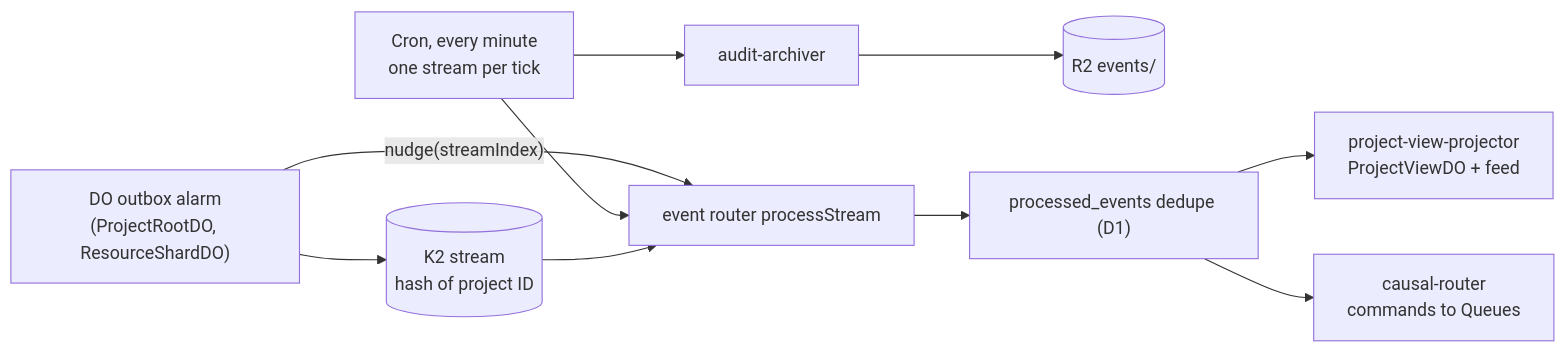
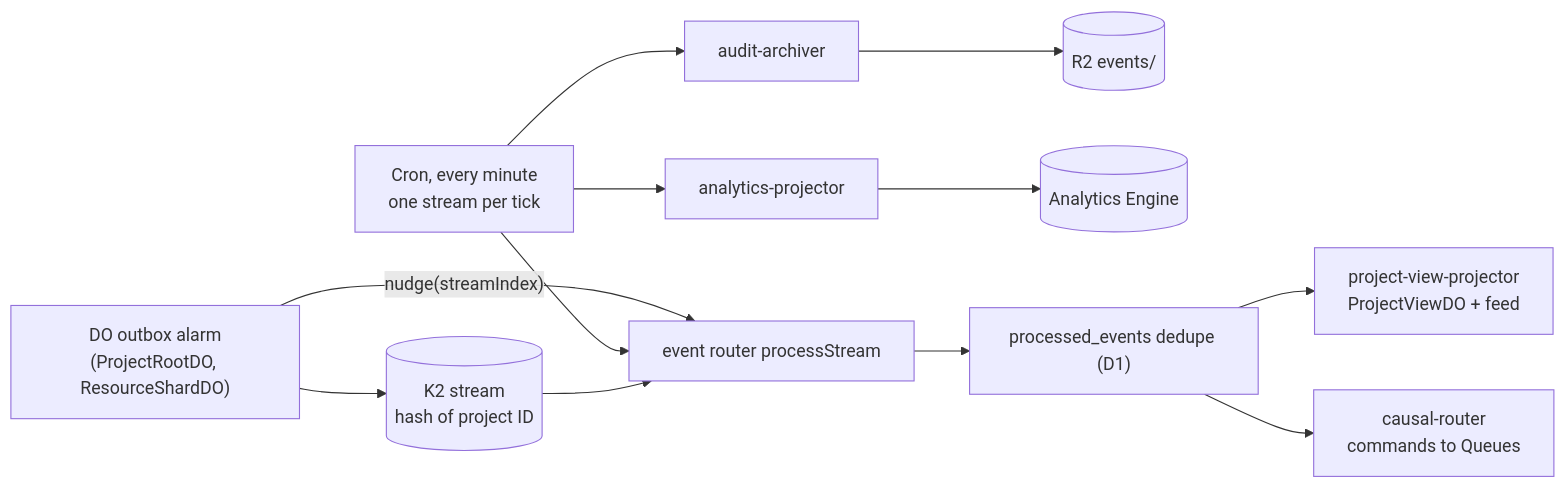
The second of 2 diagrams in docs/adr/0006-k2-terraform-adapter.md (nsudhanva/rhumbatron), drawn with Mermaid before and after one commit. The commit also changed other lines of this file and 25 other files, not shown here.

````diff
--- a/docs/adr/0006-k2-terraform-adapter.md
+++ b/docs/adr/0006-k2-terraform-adapter.md
@@ -78,11 +84,12 @@
 ```mermaid
 flowchart LR
   outbox["DO outbox alarm<br/>(ProjectRootDO, ResourceShardDO)"] --> k2[("K2 stream<br/>hash of project ID")]
   outbox -- "nudge(streamIndex)" --> proc["event router processStream"]
   cron["Cron, every minute<br/>one stream per tick"] --> proc
   cron --> arch["audit-archiver"] --> r2[("R2 events/")]
+  cron --> ana["analytics-projector"] --> ae[("Analytics Engine")]
   k2 --> proc
   proc --> dedupe["processed_events dedupe (D1)"]
   dedupe --> view["project-view-projector<br/>ProjectViewDO + feed"]
   dedupe --> causal["causal-router<br/>commands to Queues"]
 ```
````
